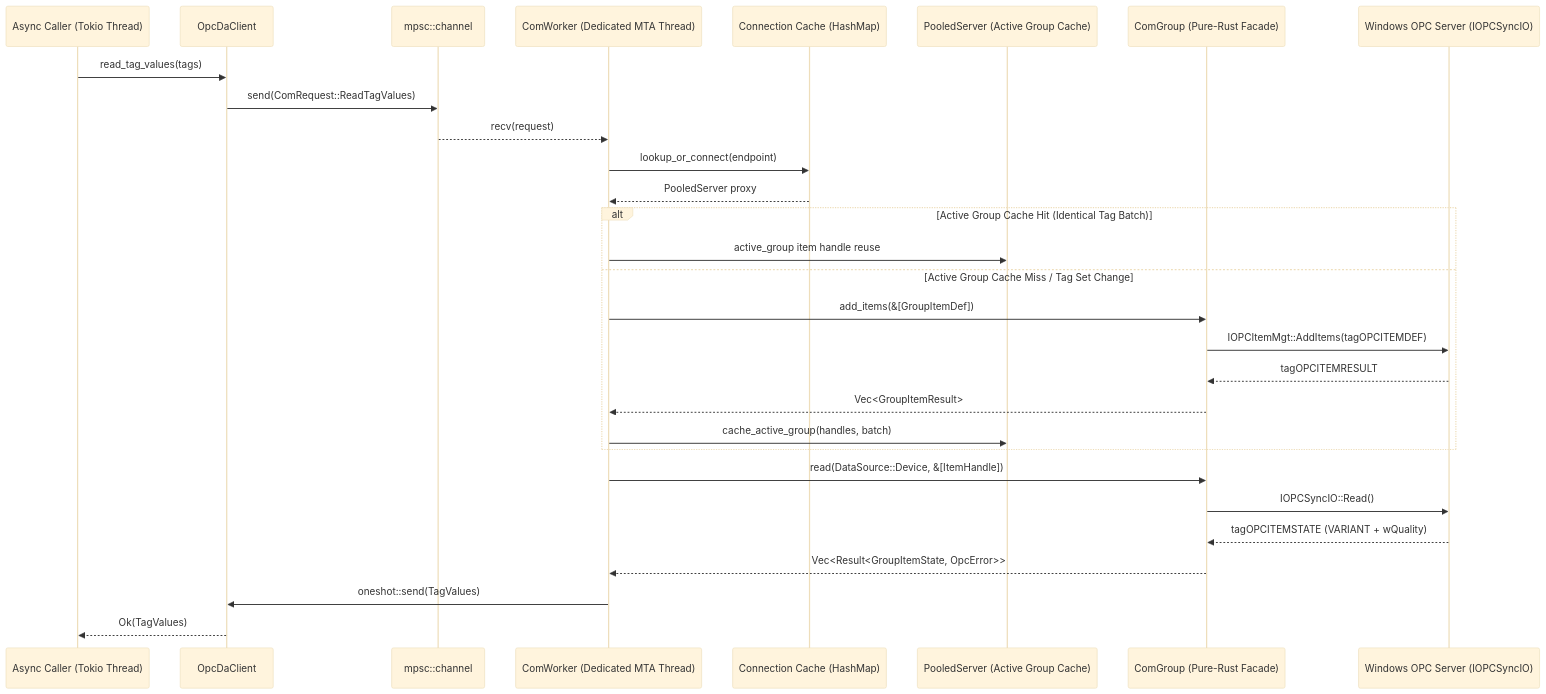
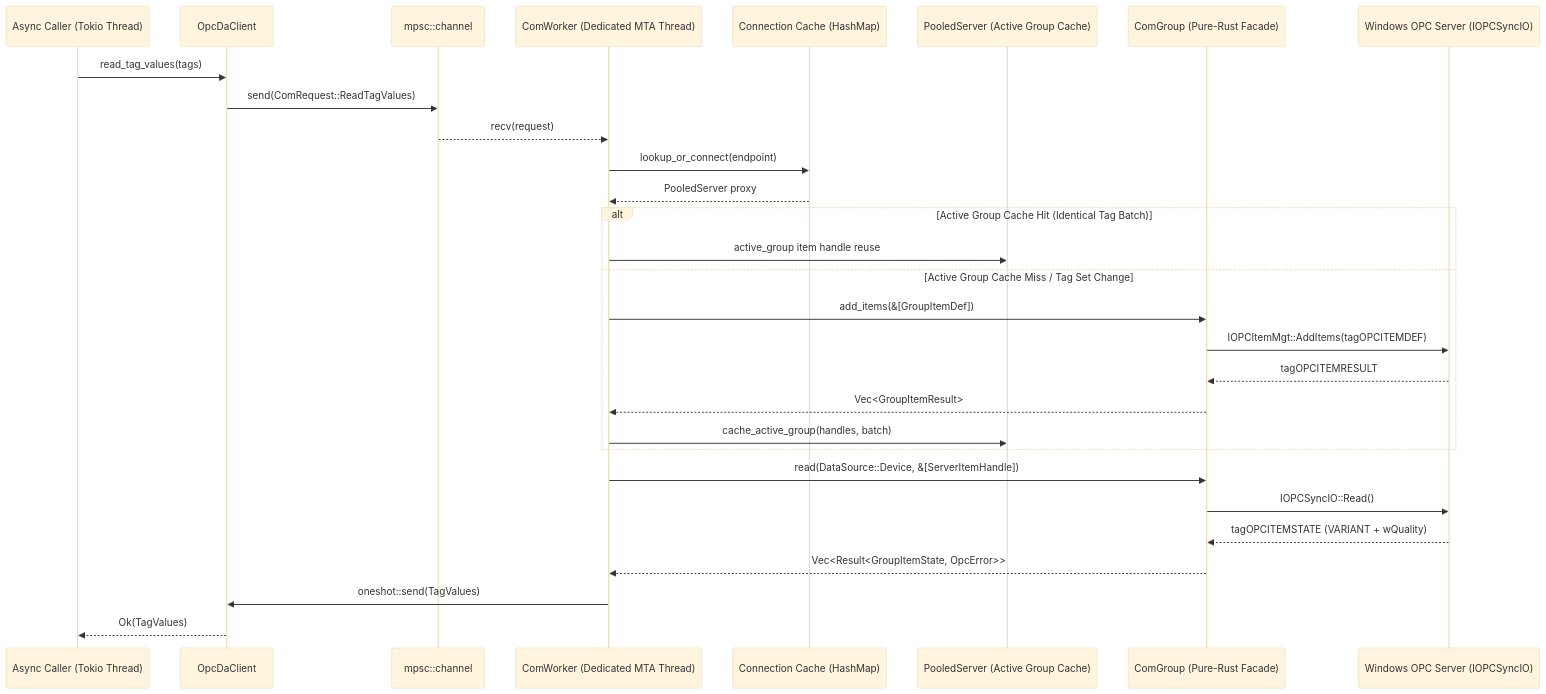
The third of 4 diagrams in opc-da-client/architecture.md (wends155/opc-cli), drawn with Mermaid (base theme) before and after one commit. The commit also changed other lines of this file and 1 other file, not shown here.

Commit message:
docs(architecture): synchronize architecture specifications with post-0.3.0 AST

````diff
--- a/opc-da-client/architecture.md
+++ b/opc-da-client/architecture.md
@@ -487,34 +512,34 @@
 ```mermaid
 sequenceDiagram
     participant AsyncCaller as Async Caller (Tokio Thread)
     participant Client as OpcDaClient
     participant Channel as mpsc::channel
     participant Worker as ComWorker (Dedicated MTA Thread)
     participant ServerCache as Connection Cache (HashMap)
     participant PooledServer as PooledServer (Active Group Cache)
     participant ComGroup as ComGroup (Pure-Rust Facade)
     participant Win32 as Windows OPC Server (IOPCSyncIO)
 
     AsyncCaller->>Client: read_tag_values(tags)
     Client->>Channel: send(ComRequest::ReadTagValues)
     Channel-->>Worker: recv(request)
     Worker->>ServerCache: lookup_or_connect(endpoint)
     ServerCache-->>Worker: PooledServer proxy
     
     alt Active Group Cache Hit (Identical Tag Batch)
         Worker->>PooledServer: active_group item handle reuse
     else Active Group Cache Miss / Tag Set Change
         Worker->>ComGroup: add_items(&[GroupItemDef])
         ComGroup->>Win32: IOPCItemMgt::AddItems(tagOPCITEMDEF)
         Win32-->>ComGroup: tagOPCITEMRESULT
         ComGroup-->>Worker: Vec<GroupItemResult>
         Worker->>PooledServer: cache_active_group(handles, batch)
     end
 
-    Worker->>ComGroup: read(DataSource::Device, &[ItemHandle])
+    Worker->>ComGroup: read(DataSource::Device, &[ServerItemHandle])
     ComGroup->>Win32: IOPCSyncIO::Read()
     Win32-->>ComGroup: tagOPCITEMSTATE (VARIANT + wQuality)
     ComGroup-->>Worker: Vec<Result<GroupItemState, OpcError>>
     Worker->>Client: oneshot::send(TagValues)
     Client-->>AsyncCaller: Ok(TagValues)
 ```
````
